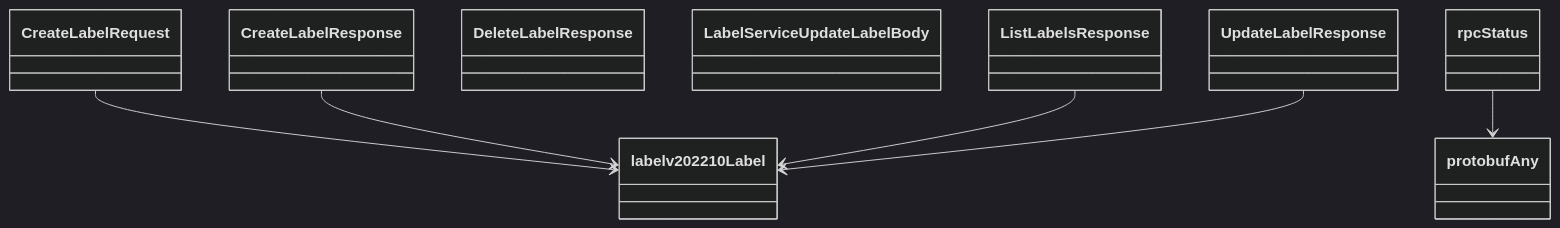
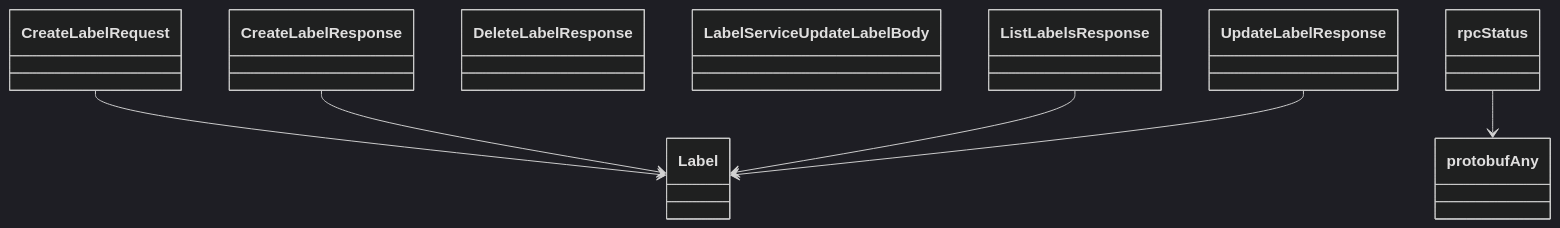
One commit to alexdearaujo/community_sdk_python changed the tenth of 10 diagrams in docs/sphinx/services/label.md. Above: the diagram before and after it, drawn with Mermaid (dark theme). The commit also changed other lines of this file and 233 other files, not shown here.

````diff
--- a/docs/sphinx/services/label.md
+++ b/docs/sphinx/services/label.md
@@ -333,17 +333,17 @@
 ```mermaid
 classDiagram
     class CreateLabelRequest
     class CreateLabelResponse
     class DeleteLabelResponse
+    class Label
     class LabelServiceUpdateLabelBody
     class ListLabelsResponse
     class UpdateLabelResponse
-    class labelv202210Label
     class protobufAny
     class rpcStatus
-    CreateLabelRequest --> labelv202210Label
-    CreateLabelResponse --> labelv202210Label
-    ListLabelsResponse --> labelv202210Label
-    UpdateLabelResponse --> labelv202210Label
+    CreateLabelRequest --> Label
+    CreateLabelResponse --> Label
+    ListLabelsResponse --> Label
+    UpdateLabelResponse --> Label
     rpcStatus --> protobufAny
 ```
````
